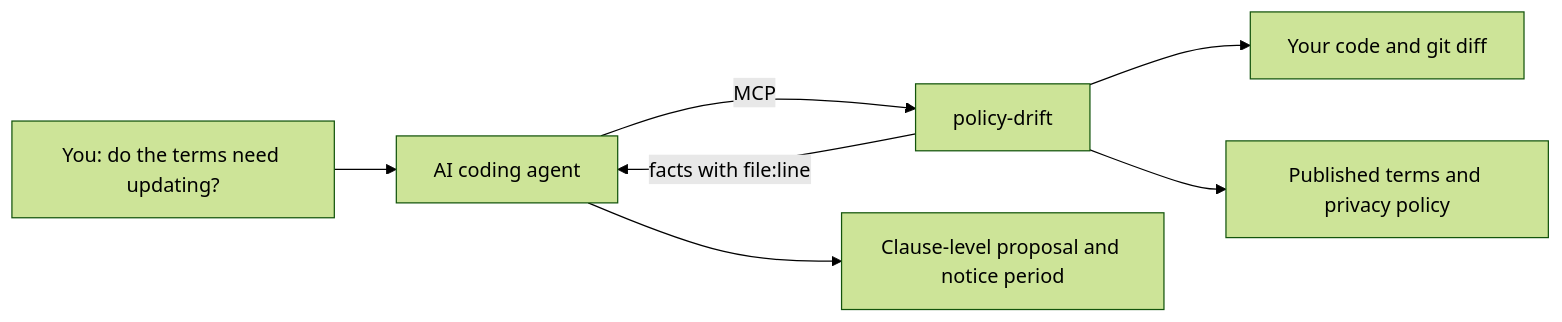
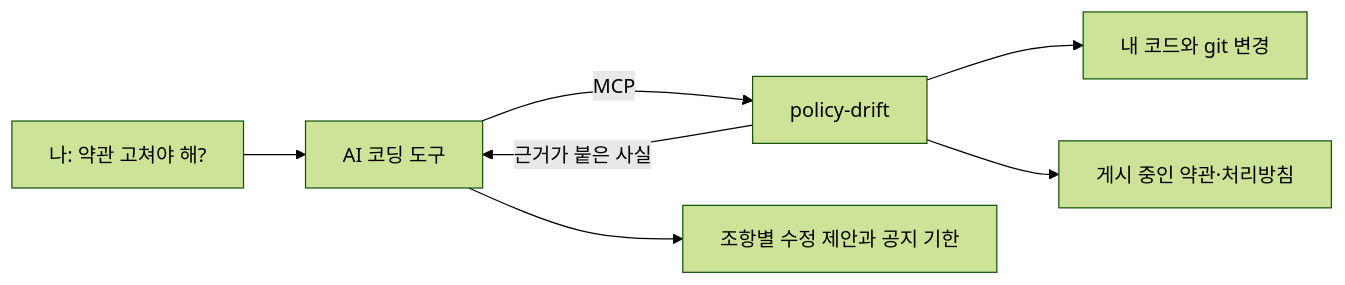
The diagram in README.md (FranzCho/policy-drift), drawn with Mermaid (forest theme) before and after one commit. The commit also changed other lines of this file and 2 other files, not shown here.

````diff
--- a/README.md
+++ b/README.md
@@ -53,9 +53,9 @@
 ```mermaid
 flowchart LR
-  You["You: do the terms need updating?"] --> Agent["AI coding agent"]
+  You["나: 약관 고쳐야 해?"] --> Agent["AI 코딩 도구"]
   Agent -- "MCP" --> PD["policy-drift"]
-  PD --> Code["Your code and git diff"]
-  PD --> Docs["Published terms and privacy policy"]
-  PD -- "facts with file:line" --> Agent
-  Agent --> Answer["Clause-level proposal and notice period"]
+  PD --> Code["내 코드와 git 변경"]
+  PD --> Docs["게시 중인 약관·처리방침"]
+  PD -- "근거가 붙은 사실" --> Agent
+  Agent --> Answer["조항별 수정 제안과 공지 기한"]
 ```
````
